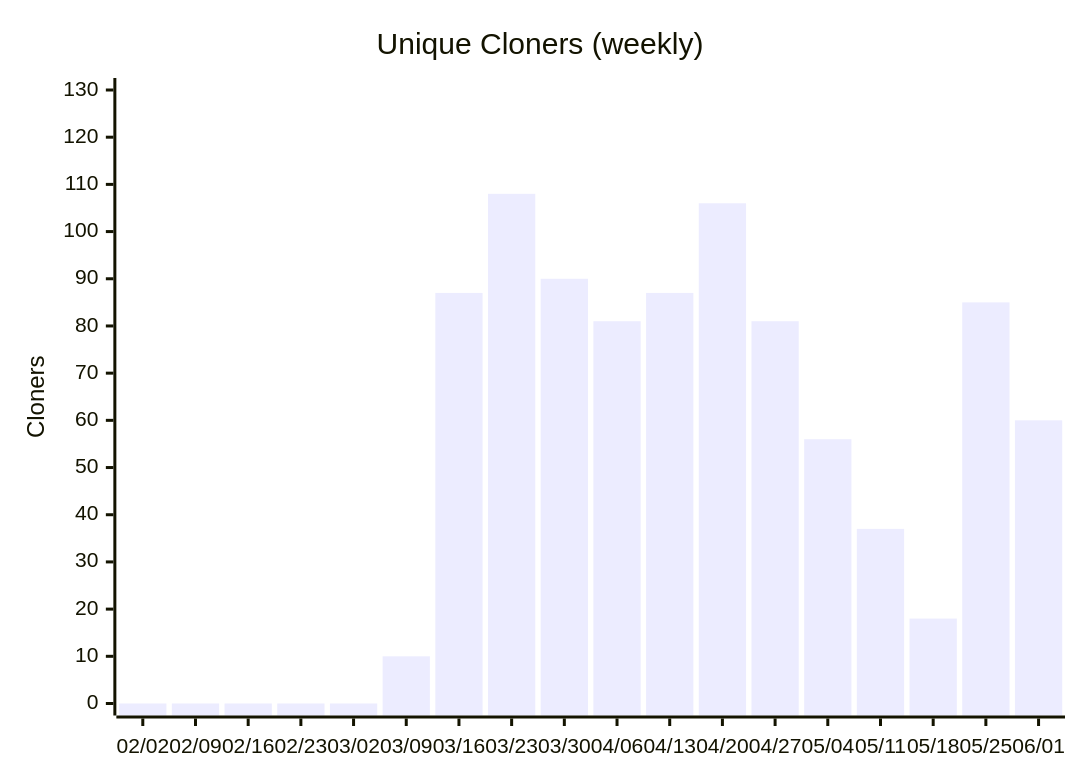
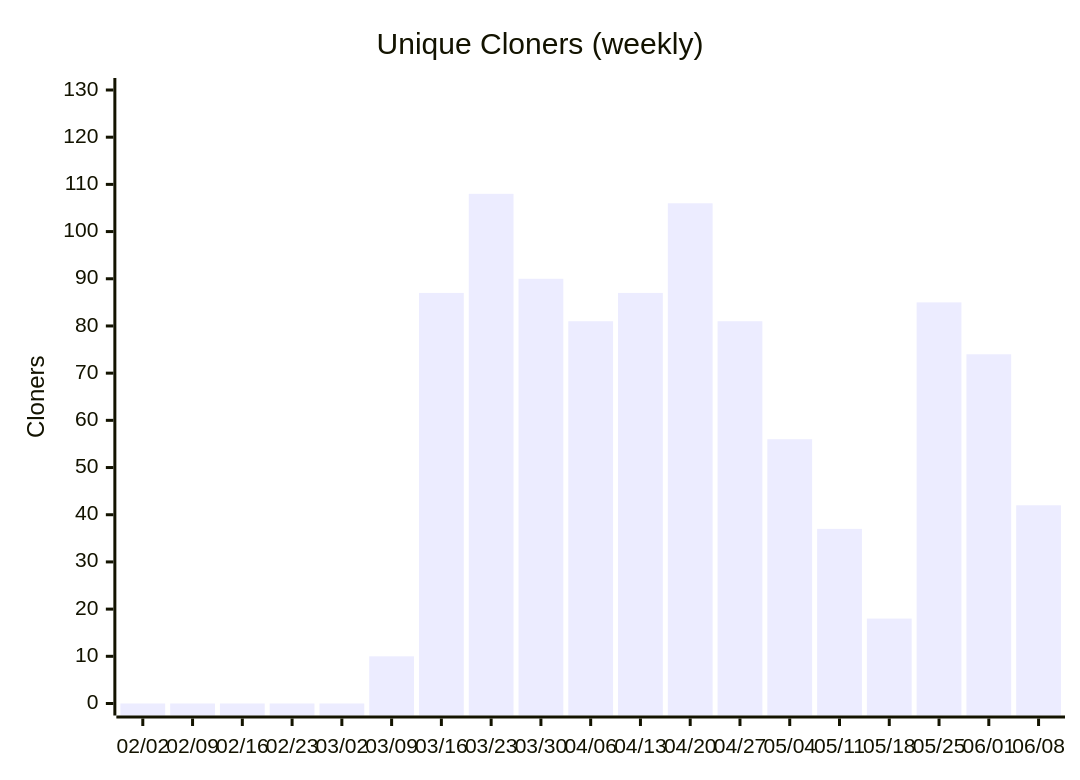
One commit to nablarch/nabledge-dev changed diagram 14 of 14 in docs/metrics.md. Above: the diagram before and after it, drawn with Mermaid. The commit also changed other lines of this file and 2 other files, not shown here.

````diff
--- a/docs/metrics.md
+++ b/docs/metrics.md
@@ -177,7 +177,7 @@
 ```mermaid
 xychart-beta
   title "Unique Cloners (weekly)"
-  x-axis ["02/02", "02/09", "02/16", "02/23", "03/02", "03/09", "03/16", "03/23", "03/30", "04/06", "04/13", "04/20", "04/27", "05/04", "05/11", "05/18", "05/25", "06/01"]
+  x-axis ["02/02", "02/09", "02/16", "02/23", "03/02", "03/09", "03/16", "03/23", "03/30", "04/06", "04/13", "04/20", "04/27", "05/04", "05/11", "05/18", "05/25", "06/01", "06/08"]
   y-axis "Cloners" 0 --> 130
-  bar [0, 0, 0, 0, 0, 10, 87, 108, 90, 81, 87, 106, 81, 56, 37, 18, 85, 60]
+  bar [0, 0, 0, 0, 0, 10, 87, 108, 90, 81, 87, 106, 81, 56, 37, 18, 85, 74, 42]
 ```
````
